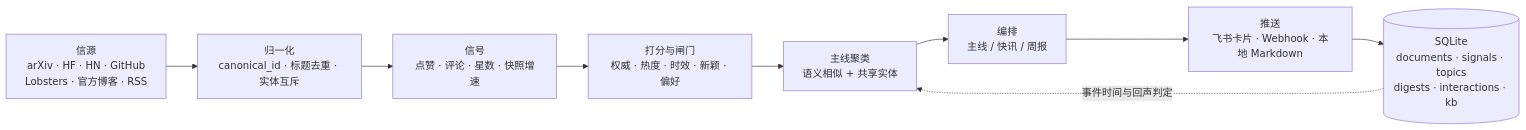
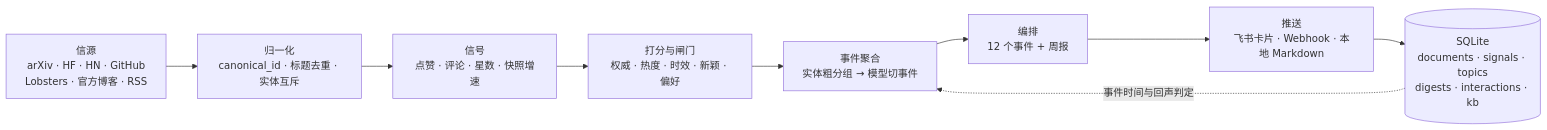
The diagram in README.md (lieyukou1/kestrel-radar), drawn with Mermaid before and after one commit. The commit also changed other lines of this file and 1 other file, not shown here.

````diff
--- a/README.md
+++ b/README.md
@@ -215,11 +228,11 @@
 ```mermaid
 flowchart LR
     S[信源<br/>arXiv · HF · HN · GitHub<br/>Lobsters · 官方博客 · RSS] --> N[归一化<br/>canonical_id · 标题去重 · 实体互斥]
     N --> G[信号<br/>点赞 · 评论 · 星数 · 快照增速]
     G --> R[打分与闸门<br/>权威 · 热度 · 时效 · 新颖 · 偏好]
-    R --> T[主线聚类<br/>语义相似 + 共享实体]
-    T --> C[编排<br/>主线 / 快讯 / 周报]
+    R --> T[事件聚合<br/>实体粗分组 → 模型切事件]
+    T --> C[编排<br/>12 个事件 + 周报]
     C --> P[推送<br/>飞书卡片 · Webhook · 本地 Markdown]
     P --> D[(SQLite<br/>documents · signals · topics<br/>digests · interactions · kb)]
     D -. 事件时间与回声判定 .-> T
 ```
````
